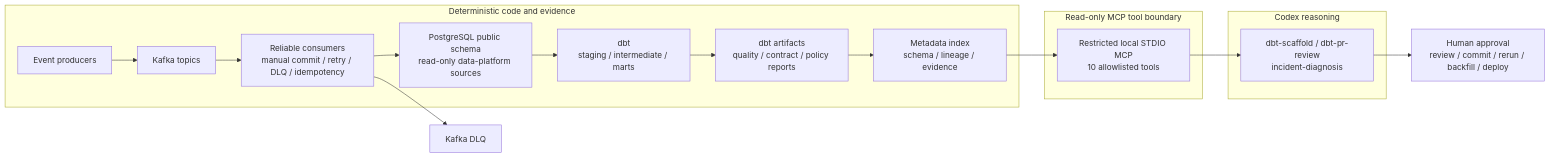
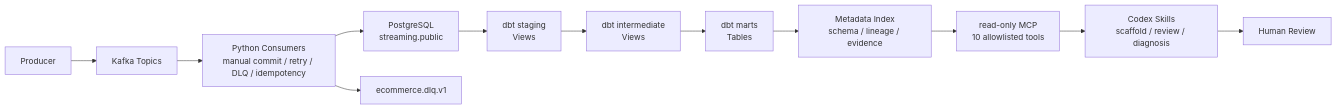
One commit to arthurhung/kafka-order-event-platform changed the first of 2 diagrams in README.md. Above: the diagram before and after it, drawn with Mermaid. The commit also changed other lines of this file and 5 other files, not shown here.

Commit message:
docs(data-platform): improve project documentation and validation guides

````diff
--- a/README.md
+++ b/README.md
@@ -28,24 +28,14 @@
 ```mermaid
 flowchart LR
-    subgraph D["Deterministic code and evidence"]
-        P["Event producers"] --> K["Kafka topics"]
-        K --> C["Reliable consumers<br/>manual commit / retry / DLQ / idempotency"]
-        C --> PG["PostgreSQL public schema<br/>read-only data-platform sources"]
-        PG --> DBT["dbt<br/>staging / intermediate / marts"]
-        DBT --> A["dbt artifacts<br/>quality / contract / policy reports"]
-        A --> IDX["Metadata index<br/>schema / lineage / evidence"]
-    end
-
-    subgraph M["Read-only MCP tool boundary"]
-        MCP["Restricted local STDIO MCP<br/>10 allowlisted tools"]
-    end
-
-    subgraph R["Codex reasoning"]
-        S["dbt-scaffold / dbt-pr-review<br/>incident-diagnosis"]
-    end
-
-    H["Human approval<br/>review / commit / rerun / backfill / deploy"]
-
-    IDX --> MCP --> S --> H
-    C --> DLQ["Kafka DLQ"]
+    P["Producer"] --> K["Kafka Topics"]
+    K --> C["Python Consumers<br/>manual commit / retry / DLQ / idempotency"]
+    C --> PG["PostgreSQL<br/>streaming.public"]
+    PG --> STG["dbt staging<br/>Views"]
+    STG --> INT["dbt intermediate<br/>Views"]
+    INT --> MART["dbt marts<br/>Tables"]
+    MART --> META["Metadata Index<br/>schema / lineage / evidence"]
+    META --> MCP["read-only MCP<br/>10 allowlisted tools"]
+    MCP --> SKILLS["Codex Skills<br/>scaffold / review / diagnosis"]
+    SKILLS --> HUMAN["Human Review"]
+    C --> DLQ["ecommerce.dlq.v1"]
 ```
````
